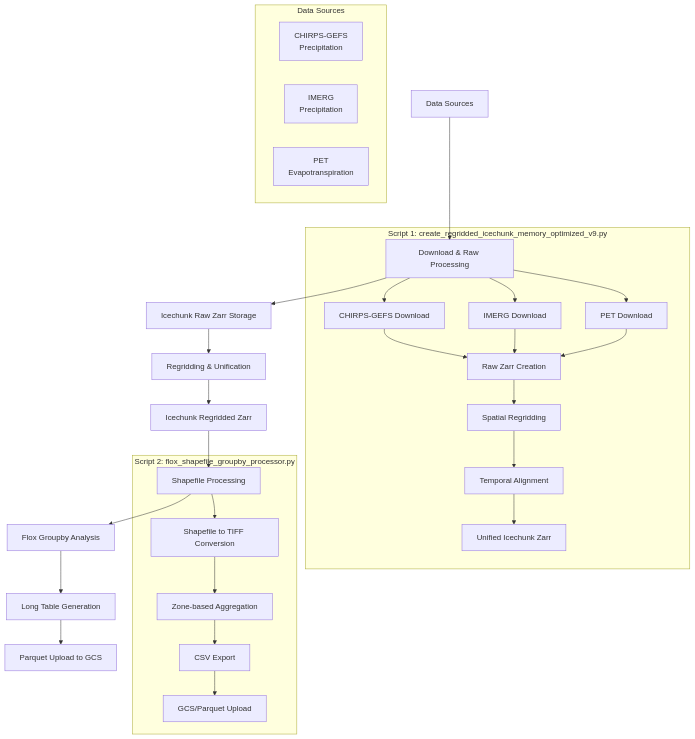
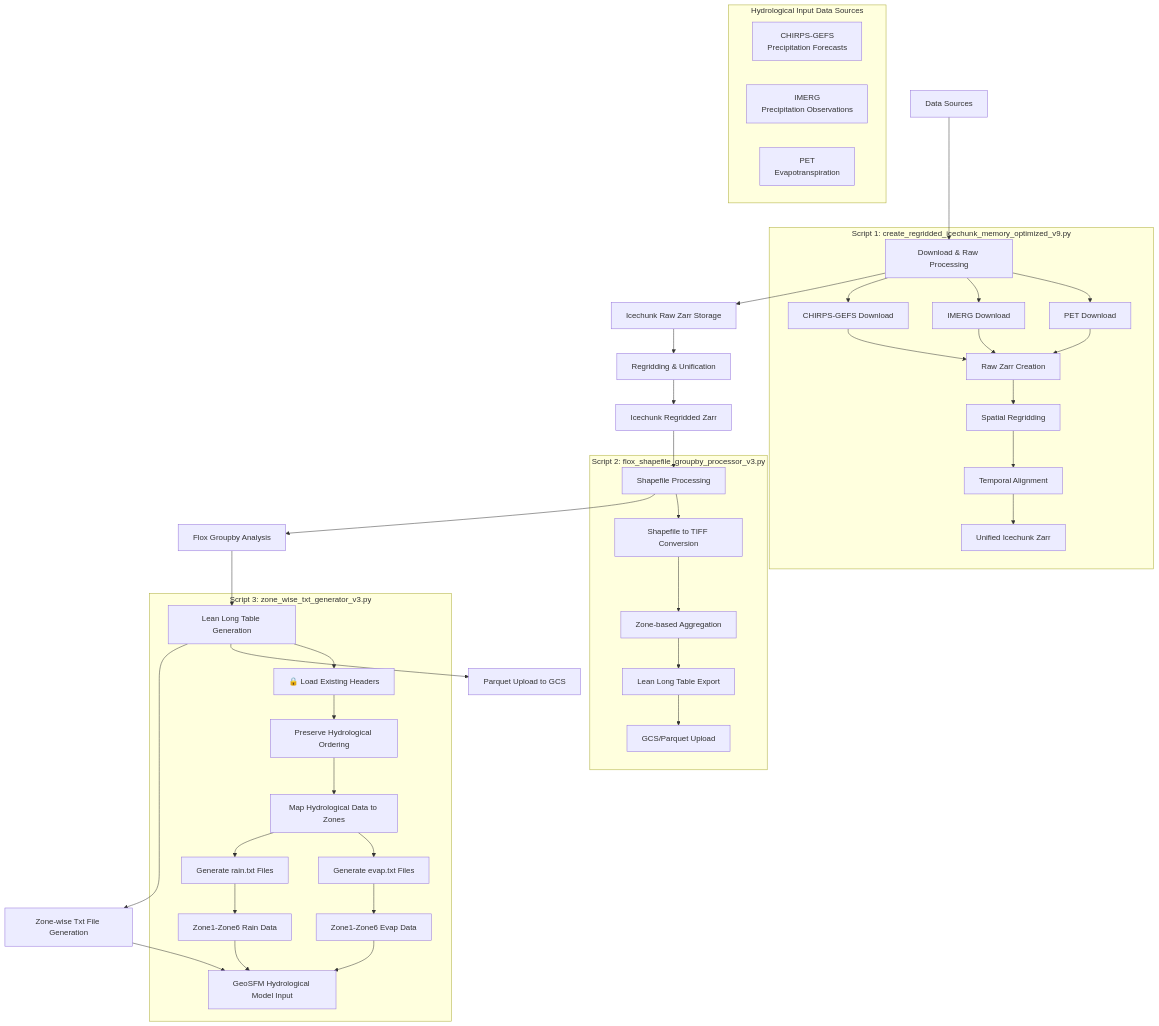
One commit to nishadhka/DevOps-hazard-modeling changed the diagram in geosfm/docs/COMPLETE_GEOSFM_INPUT_WORKFLOW_DOCUMENTATION.md. Above: the diagram before and after it, drawn with Mermaid. The commit also changed other lines of this file, not shown here.

First line of the commit message:
updated the COMPLETE_GEOSFM_INPUT_WORKFLOW_DOCUMENTATION with

````diff
--- a/geosfm/docs/COMPLETE_GEOSFM_INPUT_WORKFLOW_DOCUMENTATION.md
+++ b/geosfm/docs/COMPLETE_GEOSFM_INPUT_WORKFLOW_DOCUMENTATION.md
@@ -9,36 +9,50 @@
 ```mermaid
 flowchart TD
     A[Data Sources] --> B[Download & Raw Processing]
     B --> C[Icechunk Raw Zarr Storage] 
     C --> D[Regridding & Unification]
     D --> E[Icechunk Regridded Zarr]
     E --> F[Shapefile Processing]
     F --> G[Flox Groupby Analysis]
-    G --> H[Long Table Generation]
-    H --> I[Parquet Upload to GCS]
+    G --> H[Lean Long Table Generation]
+    H --> I[Zone-wise Txt File Generation]
+    I --> J[GeoSFM Hydrological Model Input]
+    H --> K[Parquet Upload to GCS]
     
-    subgraph "Data Sources"
-        A1[CHIRPS-GEFS<br/>Precipitation]
-        A2[IMERG<br/>Precipitation] 
+    subgraph "Hydrological Input Data Sources"
+        A1[CHIRPS-GEFS<br/>Precipitation Forecasts]
+        A2[IMERG<br/>Precipitation Observations] 
         A3[PET<br/>Evapotranspiration]
     end
     
     subgraph "Script 1: create_regridded_icechunk_memory_optimized_v9.py"
         B --> B1[CHIRPS-GEFS Download]
         B --> B2[IMERG Download]
         B --> B3[PET Download]
         B1 --> C1[Raw Zarr Creation]
         B2 --> C1
         B3 --> C1
         C1 --> D1[Spatial Regridding]
         D1 --> D2[Temporal Alignment]
         D2 --> E1[Unified Icechunk Zarr]
     end
     
-    subgraph "Script 2: flox_shapefile_groupby_processor.py"
+    subgraph "Script 2: flox_shapefile_groupby_processor_v3.py"
         F --> F1[Shapefile to TIFF Conversion]
         F1 --> G1[Zone-based Aggregation]
-        G1 --> H1[CSV Export]
-        H1 --> I1[GCS/Parquet Upload]
+        G1 --> H1[Lean Long Table Export]
+        H1 --> K1[GCS/Parquet Upload]
+    end
+    
+    subgraph "Script 3: zone_wise_txt_generator_v3.py"
+        H --> I1[🔒 Load Existing Headers]
+        I1 --> I2[Preserve Hydrological Ordering]
+        I2 --> I3[Map Hydrological Data to Zones]
+        I3 --> I4[Generate rain.txt Files]
+        I3 --> I5[Generate evap.txt Files]
+        I4 --> J1[Zone1-Zone6 Rain Data]
+        I5 --> J2[Zone1-Zone6 Evap Data]
+        J1 --> J
+        J2 --> J
     end
 ```
````
